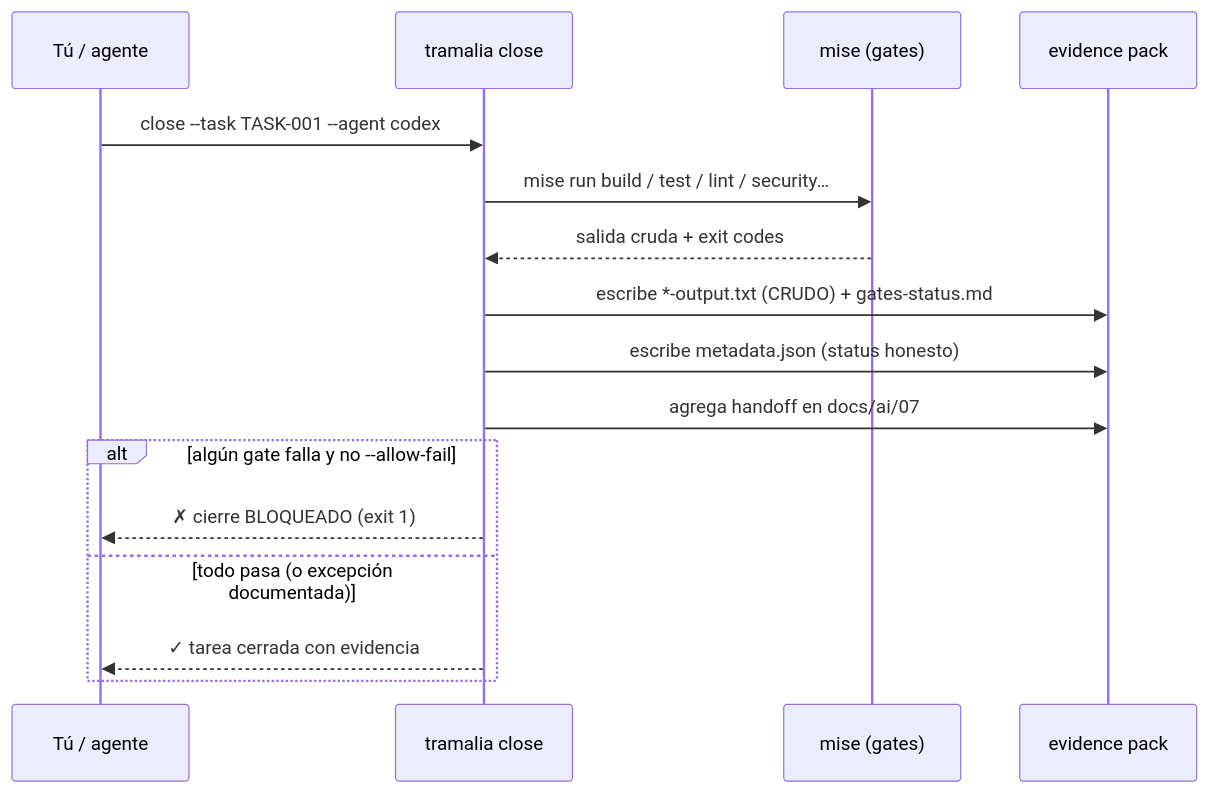
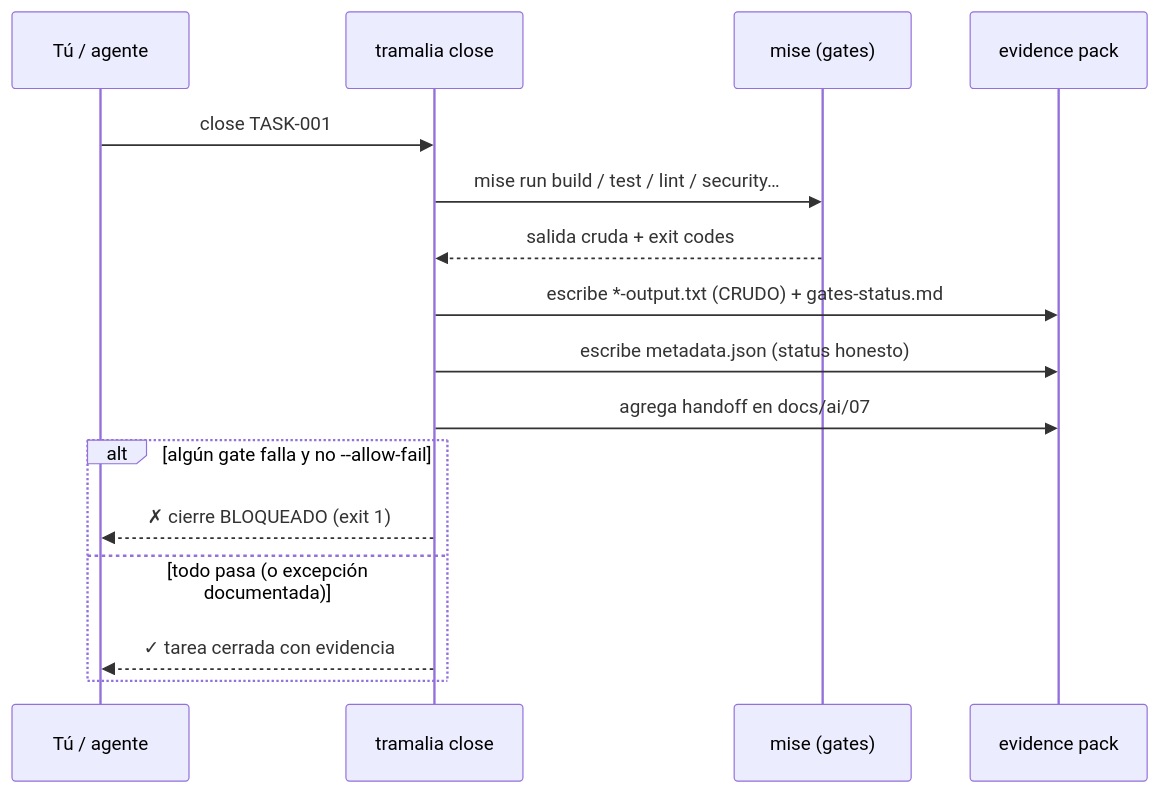
The second of 2 diagrams in docs/flujo-completo.md (MscottB/tramalia), drawn with Mermaid before and after one commit. The commit also changed other lines of this file and 15 other files, not shown here.

````diff
--- a/docs/flujo-completo.md
+++ b/docs/flujo-completo.md
@@ -22,18 +22,18 @@
 ```mermaid
 sequenceDiagram
     participant U as Tú / agente
     participant T as tramalia close
     participant M as mise (gates)
     participant E as evidence pack
-    U->>T: close --task TASK-001 --agent codex
+    U->>T: close TASK-001
     T->>M: mise run build / test / lint / security…
     M-->>T: salida cruda + exit codes
     T->>E: escribe *-output.txt (CRUDO) + gates-status.md
     T->>E: escribe metadata.json (status honesto)
     T->>E: agrega handoff en docs/ai/07
     alt algún gate falla y no --allow-fail
         T-->>U: ✗ cierre BLOQUEADO (exit 1)
     else todo pasa (o excepción documentada)
         T-->>U: ✓ tarea cerrada con evidencia
     end
 ```
````
